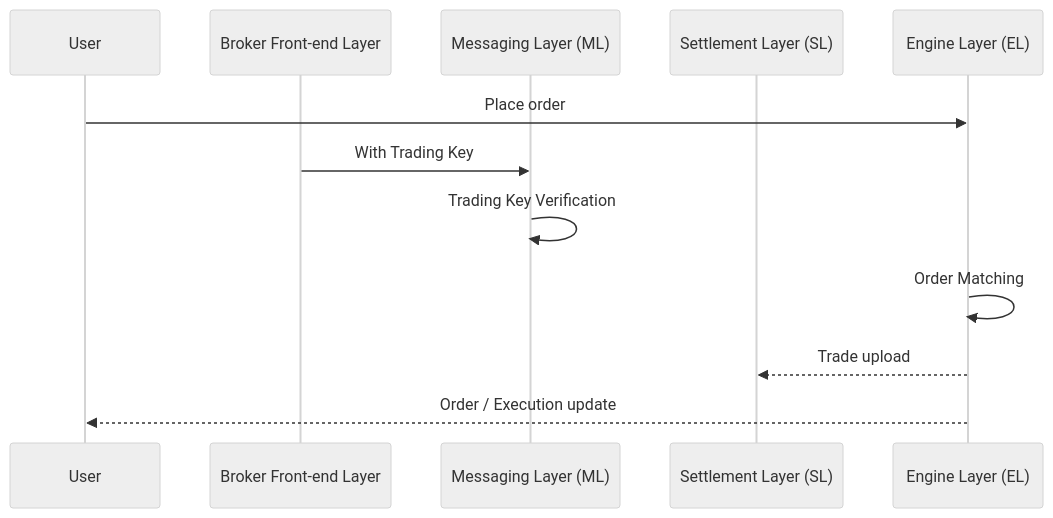
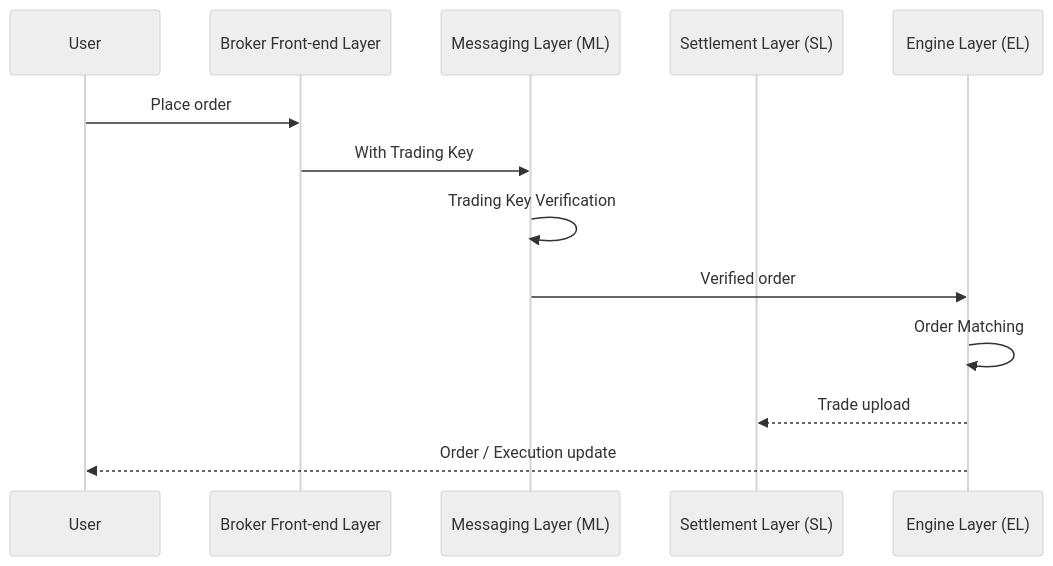
Before and after one commit to OrderlyNetwork/documentation-public: the diagram in build-on-omnichain/user-flows/order-management.mdx, drawn with Mermaid (neutral theme). The commit also changed other lines of this file and 14 other files, not shown here.

Commit message:
Clean up Implementation Flows and API Fundamentals docs

````diff
--- a/build-on-omnichain/user-flows/order-management.mdx
+++ b/build-on-omnichain/user-flows/order-management.mdx
@@ -6,26 +16,27 @@
 ```mermaid
 sequenceDiagram
     participant U as User
     participant BF as Broker Front-end Layer
     participant ML as Messaging Layer (ML)
     participant SL as Settlement Layer (SL)
     participant EL as Engine Layer (EL)
 
     %% User places order
-    U->>EL: Place order
-
-    %% Order routed through layers
+    U->>BF: Place order
 
     %% Trading key handling
     BF->>ML: With Trading Key
     ML->>ML: Trading Key Verification
+
+    %% Forward to engine
+    ML->>EL: Verified order
 
     %% Matching engine
     EL->>EL: Order Matching
 
     %% Trade result
     EL-->>SL: Trade upload
 
     %% Execution update broadcast
     EL-->>U: Order / Execution update
 ```
````
